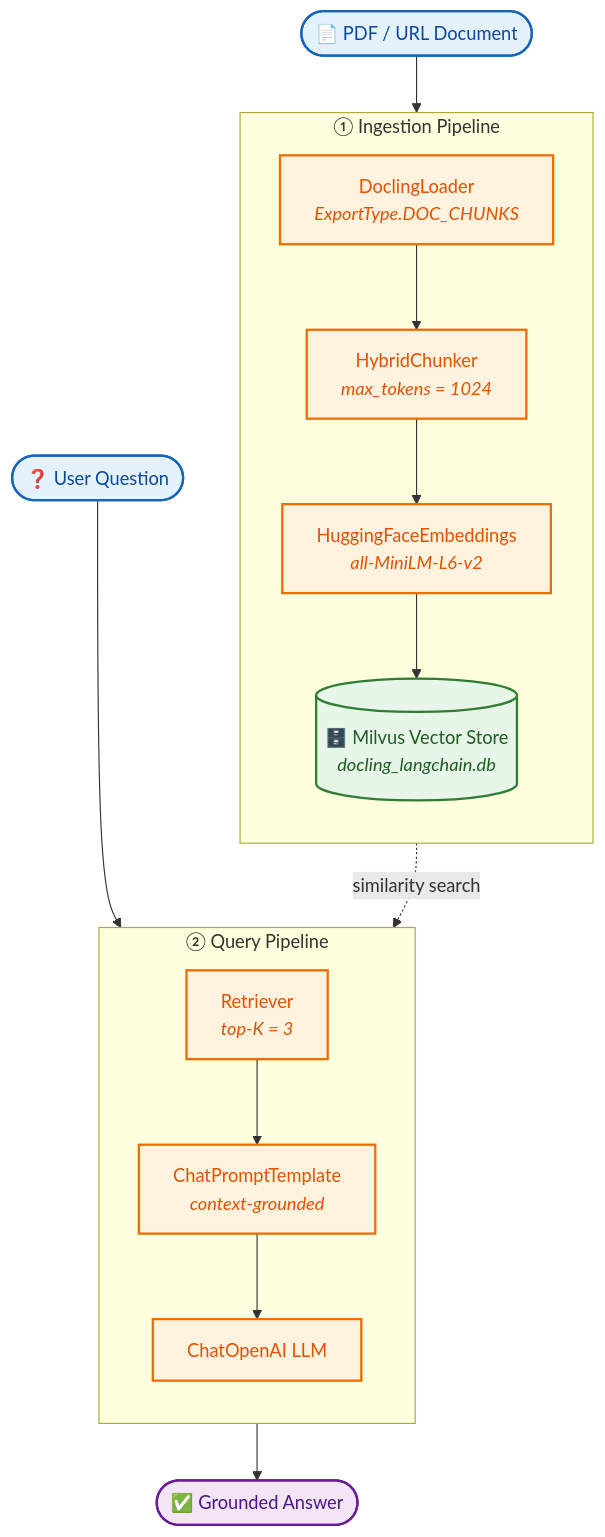
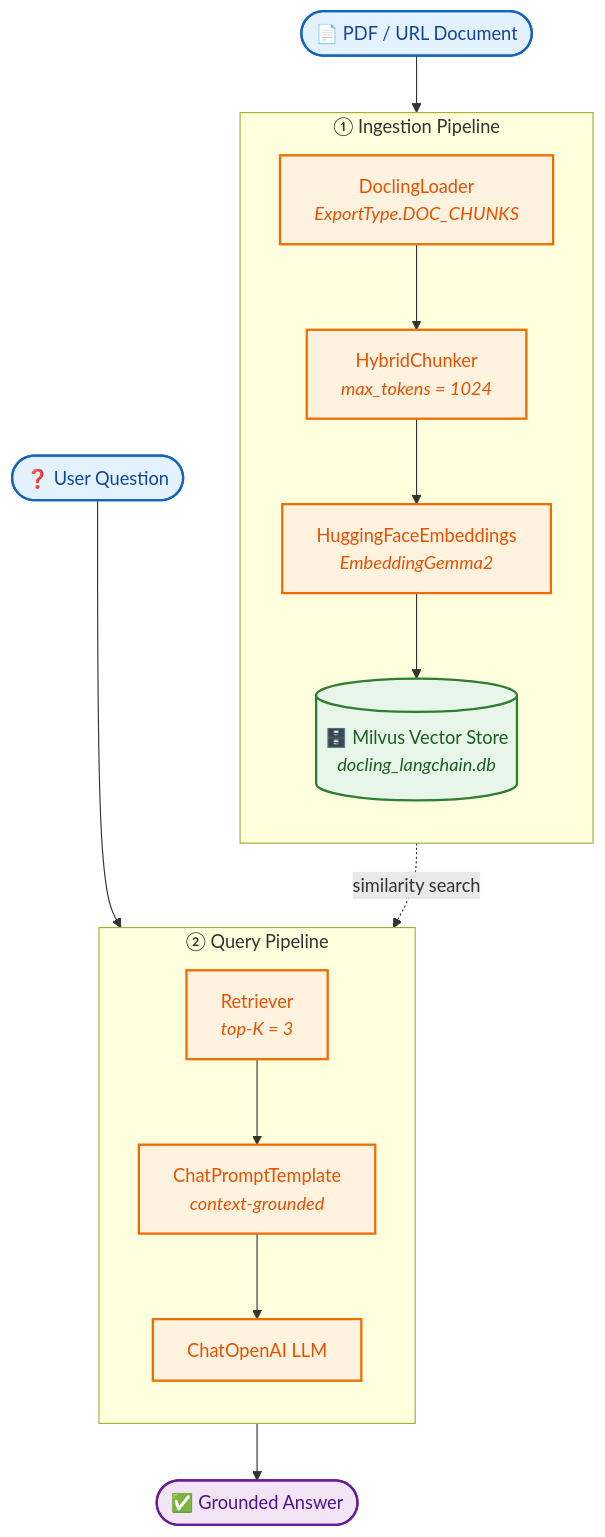
The diagram in RAG_Langchain/README.md (wrafique007/Retrieval_Augmented_Generation), drawn with Mermaid before and after one commit. The commit also changed other lines of this file, not shown here.

````diff
--- a/RAG_Langchain/README.md
+++ b/RAG_Langchain/README.md
@@ -27,40 +27,40 @@
 ```mermaid
 flowchart TD
     %% ---------- Inputs ----------
     A1([📄 PDF / URL Document]):::input
     A2([❓ User Question]):::input
 
     %% ---------- Ingestion Pipeline ----------
     subgraph INGEST["① Ingestion Pipeline"]
         direction TB
         B1[DoclingLoader<br/><i>ExportType.DOC_CHUNKS</i>]:::step
         B2[HybridChunker<br/><i>max_tokens = 1024</i>]:::step
-        B3[HuggingFaceEmbeddings<br/><i>all-MiniLM-L6-v2</i>]:::step
+        B3[HuggingFaceEmbeddings<br/><i>EmbeddingGemma2</i>]:::step
         B4[(🗄️ Milvus Vector Store<br/><i>docling_langchain.db</i>)]:::store
 
         B1 --> B2 --> B3 --> B4
     end
 
     %% ---------- Retrieval + Generation ----------
     subgraph QUERY["② Query Pipeline"]
         direction TB
         C1[Retriever<br/><i>top-K = 3</i>]:::step
         C2[ChatPromptTemplate<br/><i>context-grounded</i>]:::step
         C3[ChatOpenAI LLM]:::step
     end
 
     %% ---------- Output ----------
     Z([✅ Grounded Answer]):::output
 
     %% ---------- Wiring ----------
     A1 --> B1
     A2 --> C1
     B4 -. similarity search .-> C1
     C1 --> C2 --> C3 --> Z
 
     %% ---------- Styles ----------
     classDef input   fill:#E3F2FD,stroke:#1565C0,stroke-width:2px,color:#0D47A1;
     classDef step    fill:#FFF3E0,stroke:#EF6C00,stroke-width:2px,color:#E65100;
     classDef store   fill:#E8F5E9,stroke:#2E7D32,stroke-width:2px,color:#1B5E20;
     classDef output  fill:#F3E5F5,stroke:#6A1B9A,stroke-width:2px,color:#4A148C;
 ```
````
